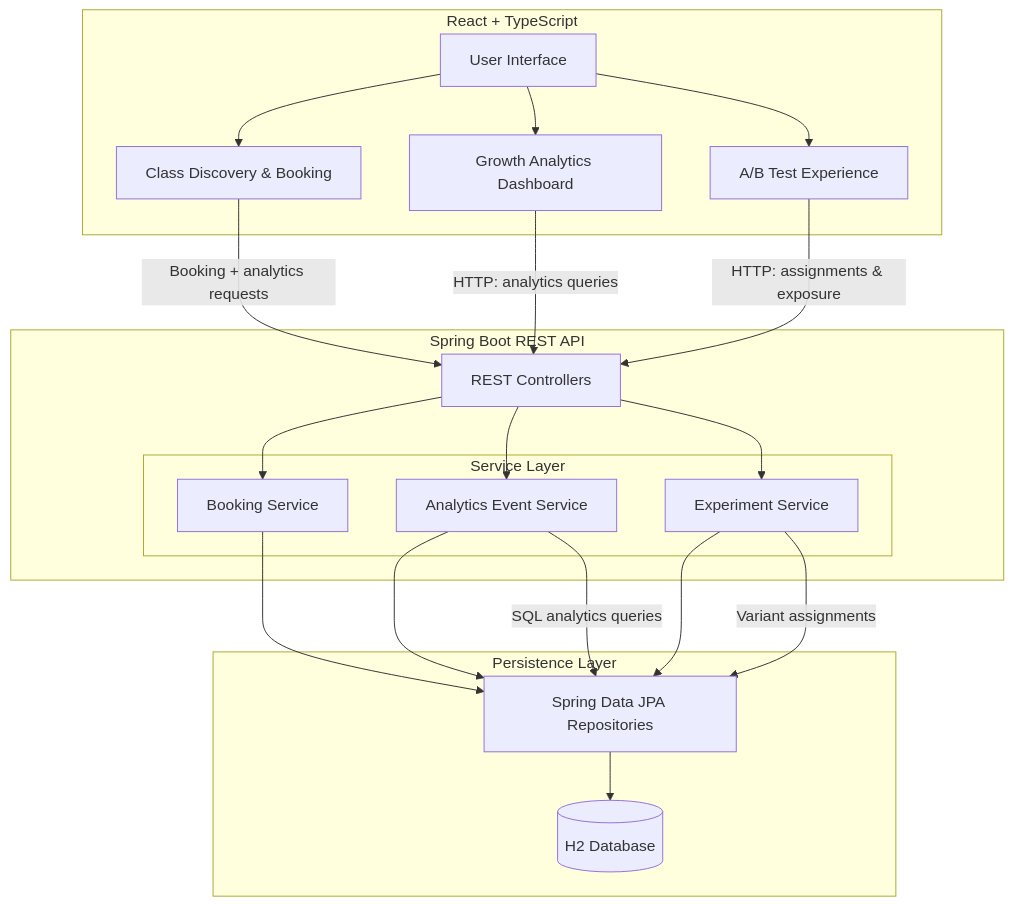
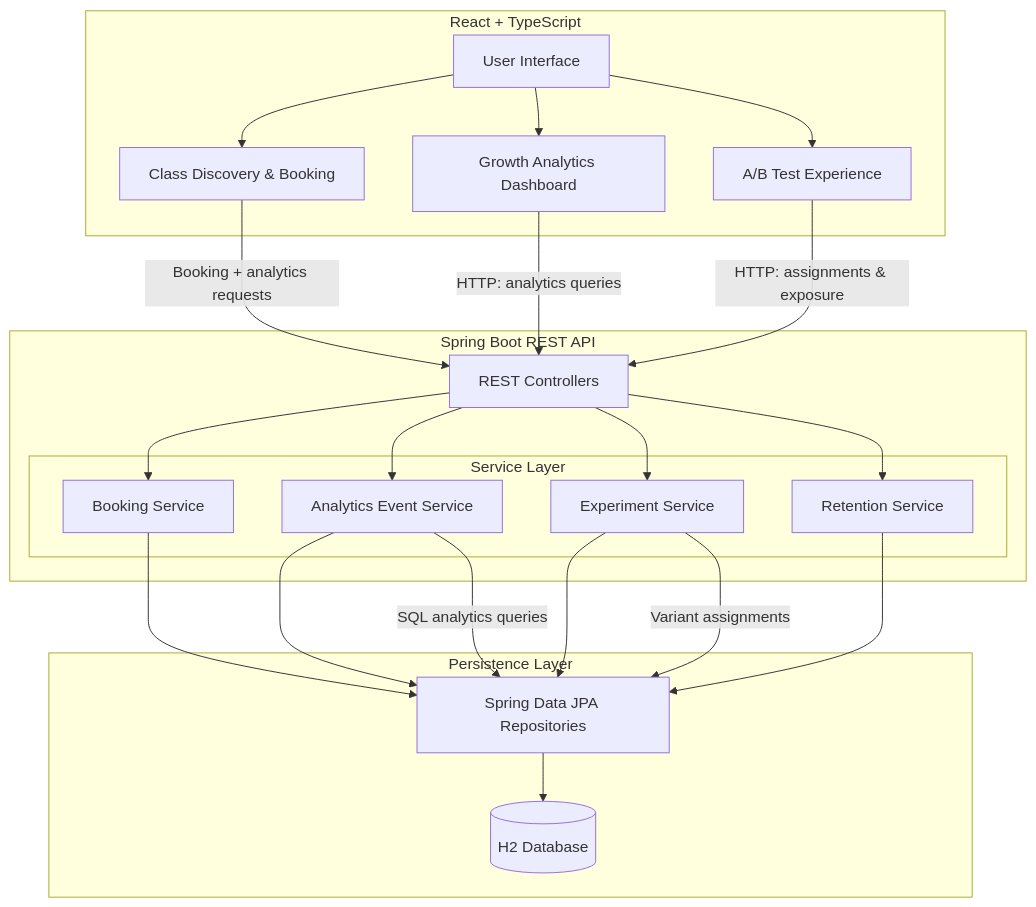
Before and after one commit to Capril1042/cadence: the diagram in README.md, drawn with Mermaid. The commit also changed other lines of this file and 8 other files, not shown here.

````diff
--- a/README.md
+++ b/README.md
@@ -46,45 +49,48 @@
 ```mermaid
 flowchart TB
     subgraph Frontend["React + TypeScript"]
         UI["User Interface"]
         BookingUI["Class Discovery & Booking"]
         Dashboard["Growth Analytics Dashboard"]
         ExperimentUI["A/B Test Experience"]
 
         UI --> BookingUI
         UI --> Dashboard
         UI --> ExperimentUI
     end
 
     subgraph Backend["Spring Boot REST API"]
         Controllers["REST Controllers"]
 
         subgraph Services["Service Layer"]
             BookingService["Booking Service"]
             AnalyticsService["Analytics Event Service"]
             ExperimentService["Experiment Service"]
+            RetentionService["Retention Service"]
         end
 
         Controllers --> BookingService
         Controllers --> AnalyticsService
         Controllers --> ExperimentService
+        Controllers --> RetentionService
     end
 
     subgraph Data["Persistence Layer"]
         Repositories["Spring Data JPA Repositories"]
         Database[("H2 Database")]
 
         Repositories --> Database
     end
 
     BookingUI -->|"Booking + analytics requests"| Controllers
     Dashboard -->|"HTTP: analytics queries"| Controllers
     ExperimentUI -->|"HTTP: assignments & exposure"| Controllers
 
     BookingService --> Repositories
     AnalyticsService --> Repositories
     ExperimentService --> Repositories
+    RetentionService --> Repositories
 
     ExperimentService -->|"Variant assignments"| Repositories
     AnalyticsService -->|"SQL analytics queries"| Repositories
 ```
````
